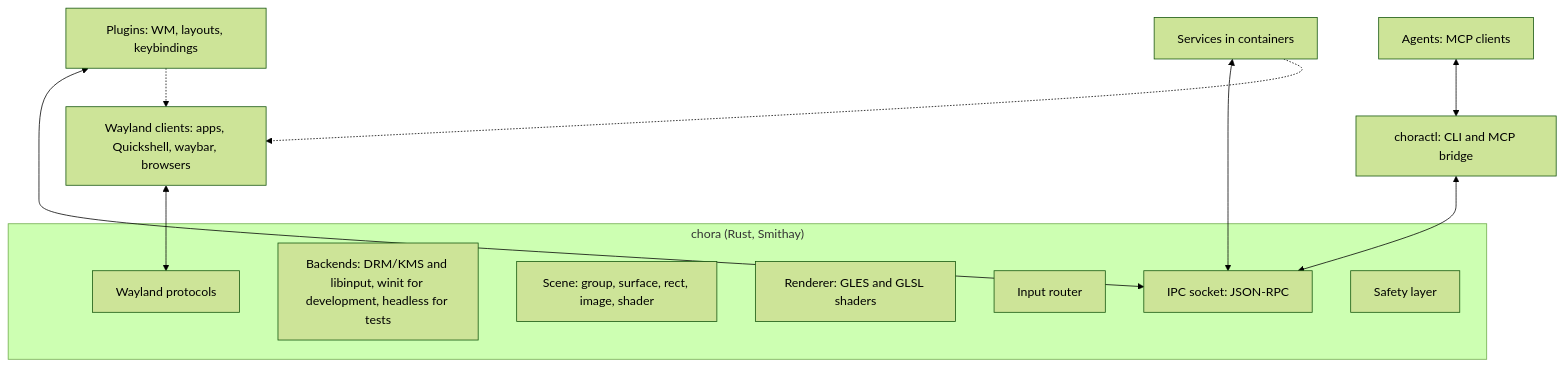
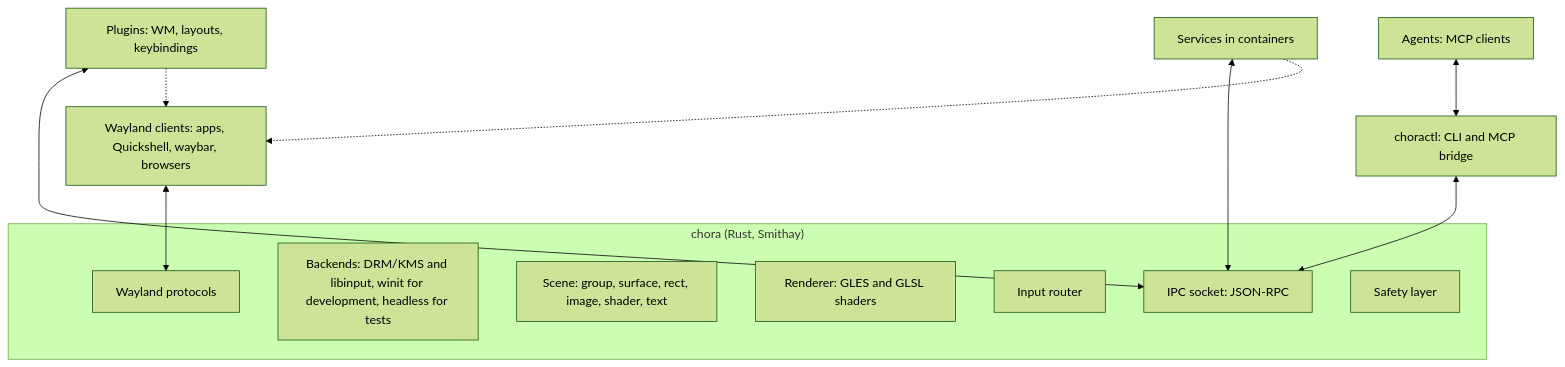
One commit to MArpogaus/chora changed the first of 2 diagrams in docs/architecture.md. Above: the diagram before and after it, drawn with Mermaid (forest theme). The commit also changed 2 other files, not shown here.

Commit message:
docs: add the text kind to the glossary, diagram and command rustdoc

````diff
--- a/docs/architecture.md
+++ b/docs/architecture.md
@@ -9,19 +9,19 @@
 ```mermaid
 flowchart TB
     subgraph core["chora (Rust, Smithay)"]
         protocols["Wayland protocols"]
         backends["Backends: DRM/KMS and libinput, winit for development, headless for tests"]
-        scene["Scene: group, surface, rect, image, shader"]
+        scene["Scene: group, surface, rect, image, shader, text"]
         render["Renderer: GLES and GLSL shaders"]
         input["Input router"]
         ipc["IPC socket: JSON-RPC"]
         safety["Safety layer"]
     end
     clients["Wayland clients: apps, Quickshell, waybar, browsers"] <--> protocols
     plugins["Plugins: WM, layouts, keybindings"] <--> ipc
     choractl["choractl: CLI and MCP bridge"] <--> ipc
     services["Services in containers"] <--> ipc
     agents["Agents: MCP clients"] <--> choractl
     services -.-> clients
     plugins -.-> clients
 ```
````
